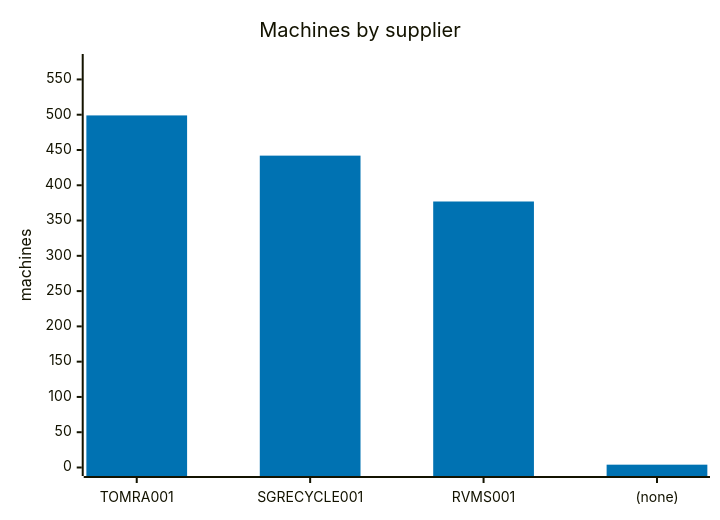
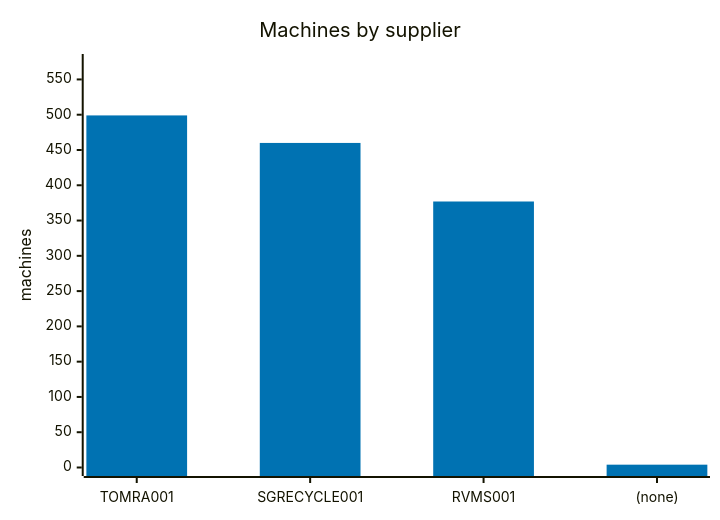
One commit to cheeaun/returnright-data changed the second of 7 diagrams in ANALYSIS.md. Above: the diagram before and after it, drawn with Mermaid. The commit also changed other lines of this file and 3 other files, not shown here.

````diff
--- a/ANALYSIS.md
+++ b/ANALYSIS.md
@@ -50,13 +50,13 @@
 ```mermaid
 ---
 config:
   themeVariables:
     xyChart:
       plotColorPalette: "#0072B2"
 ---
 xychart-beta
     title "Machines by supplier"
     x-axis ["TOMRA001", "SGRECYCLE001", "RVMS001", "(none)"]
     y-axis "machines" 0 --> 574
-    bar [499, 442, 377, 4]
+    bar [499, 460, 377, 4]
 ```
````
